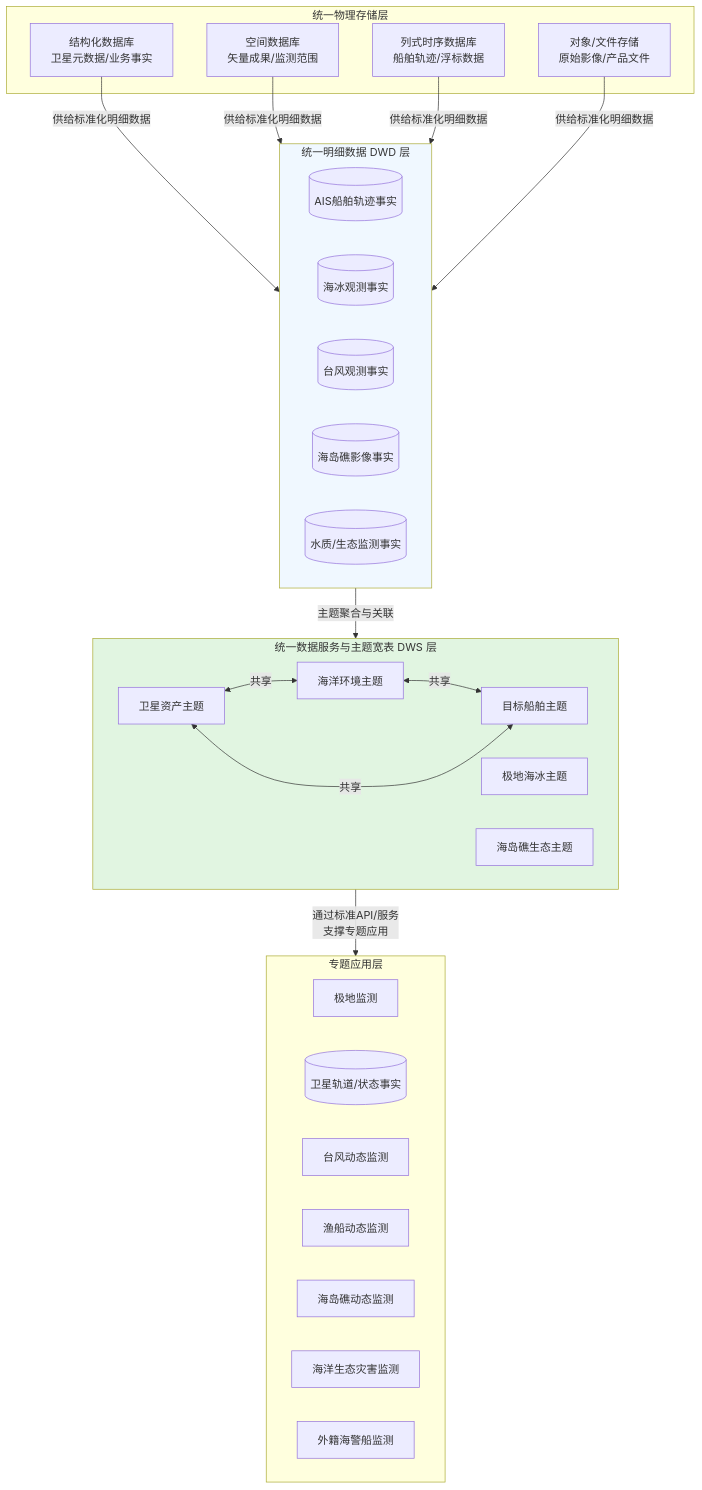
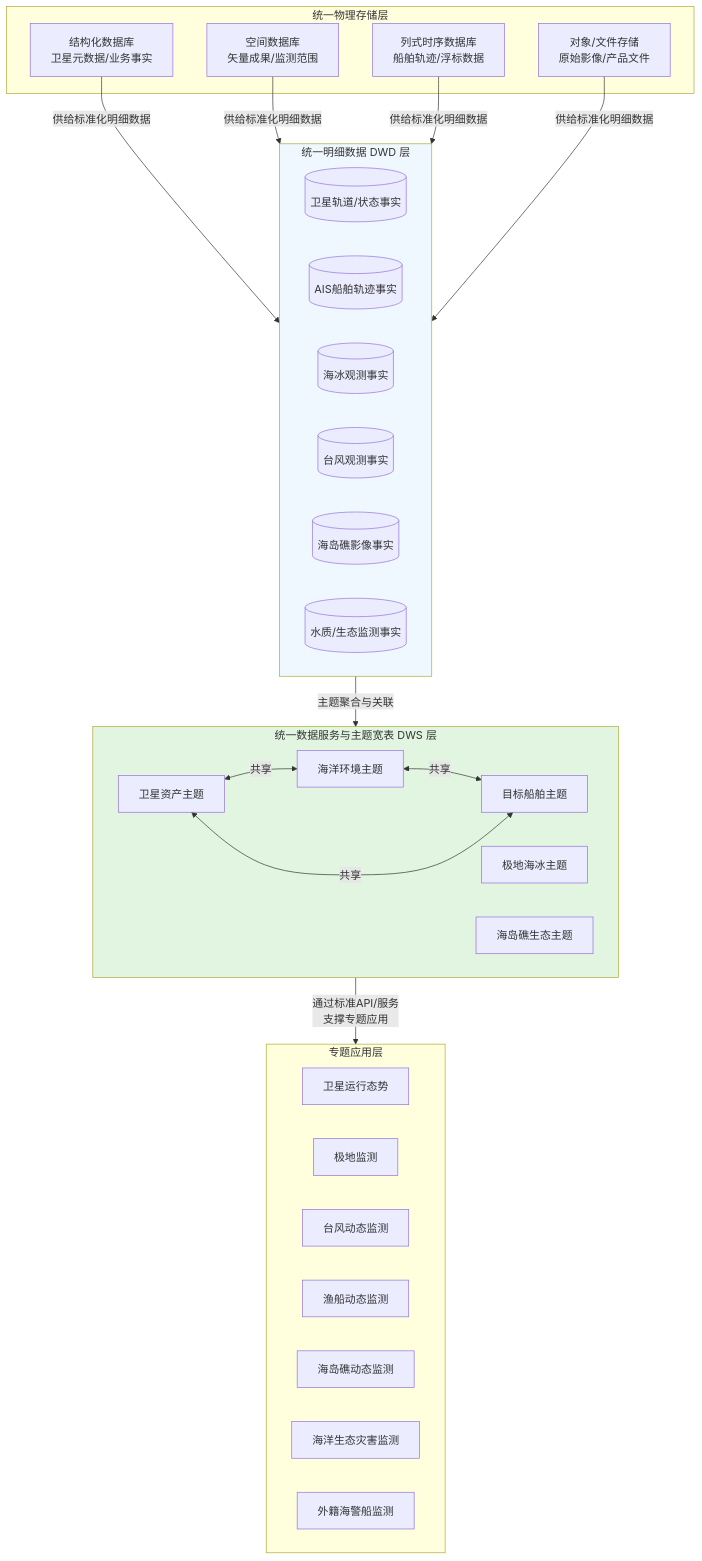
Before and after one commit to MyJohn2/iodraw-files: the diagram in all/未命名.md, drawn with Mermaid.

Commit message:
2026-01-15 13:02:37 update

````diff
--- a/all/未命名.md
+++ b/all/未命名.md
@@ -1,44 +1,43 @@
 ```mermaid
 graph TD
     subgraph A [专题应用层]
-        direction LR
-        C1[卫星运行态势]
-        2[极地监测]
+        A1[卫星运行态势]
+        A2[极地监测]
         A3[台风动态监测]
         A4[渔船动态监测]
         A5[海岛礁动态监测]
         A6[海洋生态灾害监测]
         A7[外籍海警船监测]
     end
 
     subgraph B [统一数据服务与主题宽表 DWS 层]
         B1[卫星资产主题]<-->|共享| B2[海洋环境主题]
         B2<-->|共享| B3[目标船舶主题]
         B3<-->|共享| B1
         B4[极地海冰主题]
         B5[海岛礁生态主题]
     end
 
     subgraph C [统一明细数据 DWD 层]
         C1[(卫星轨道/状态事实)]
         C2[(AIS船舶轨迹事实)]
         C3[(海冰观测事实)]
         C4[(台风观测事实)]
         C5[(海岛礁影像事实)]
         C6[(水质/生态监测事实)]
     end
 
     subgraph D [统一物理存储层]
         D1[结构化数据库<br>卫星元数据/业务事实]
         D2[空间数据库<br>矢量成果/监测范围]
         D3[列式时序数据库<br>船舶轨迹/浮标数据]
         D4[对象/文件存储<br>原始影像/产品文件]
     end
 
     D1 & D2 & D3 & D4 -- 供给标准化明细数据 --> C
     C -- 主题聚合与关联 --> B
     B -- 通过标准API/服务 <br> 支撑专题应用 --> A
     
     style B fill:#e1f5e1
     style C fill:#f0f8ff
 ```
````
